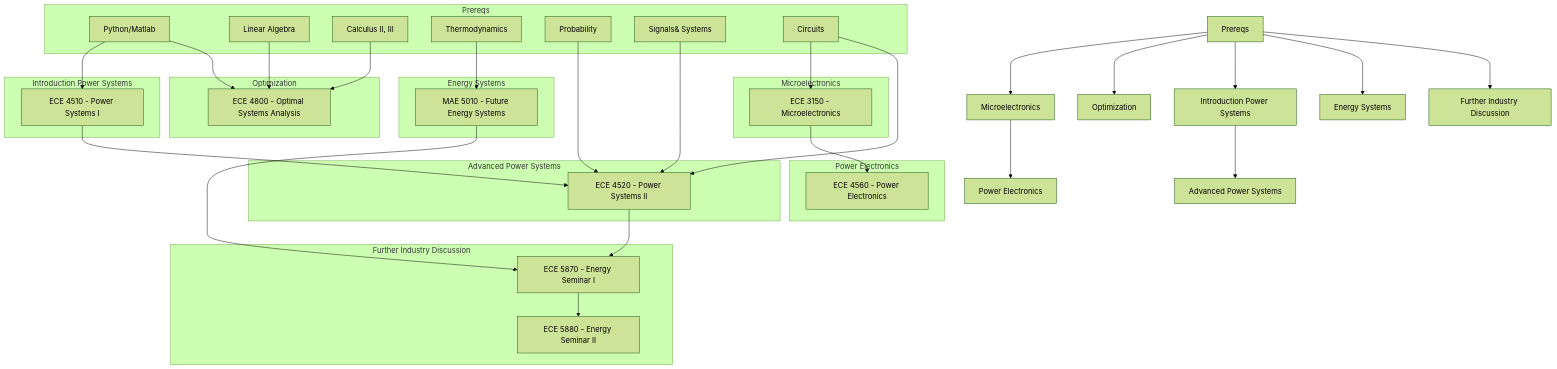
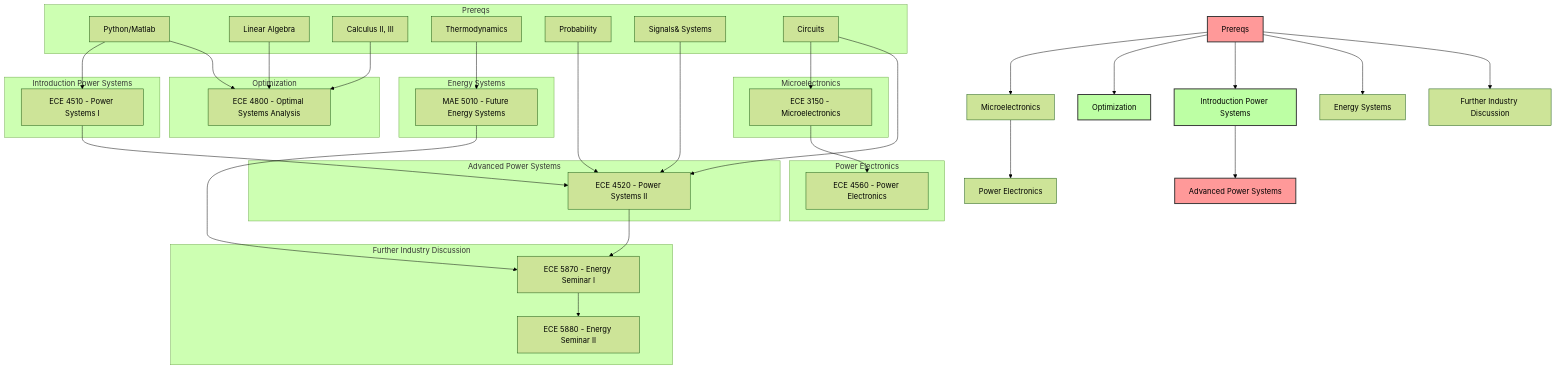
One commit to jmyphn/engineering-wiki changed the diagram in ecepower.md. Above: the diagram before and after it, drawn with Mermaid (forest theme).

Commit message:
power color coding

````diff
--- a/ecepower.md
+++ b/ecepower.md
@@ -15,73 +15,79 @@
 ```mermaid
 flowchart TD
     A[Prereqs]
     A --> G[Microelectronics]
     G --> H[Power Electronics]
     A --> E[Optimization]
     A --> C[Introduction Power Systems]
     A --> I[Energy Systems]
     C --> D[Advanced Power Systems]
     A --> F[Further Industry Discussion]
 
     subgraph A1[Prereqs]
         A1a[Python/Matlab]
         A1b[Linear Algebra]
         A1c[Calculus II, III]
         A1e[Thermodynamics]
         A1f[Probability]
         A1g[Signals& Systems]
         A1h[Circuits]
 
     end
 
     subgraph C1[Introduction Power Systems]
         C1a[ECE 4510 - Power Systems I]
         
 
     end
 
     subgraph D1[Advanced Power Systems]
         D1a[ECE 4520 - Power Systems II]
 
     end
 
     subgraph E1[Optimization]
         E1a[ECE 4800 - Optimal Systems Analysis]
         
     end
     
     subgraph G1[Microelectronics]
         G1a[ECE 3150 - Microelectronics]
         
     end
 
     subgraph H1[Power Electronics]
         H1a[ECE 4560 - Power Electronics]
         
     end
 
     subgraph I1[Energy Systems]
         I1a[MAE 5010 - Future Energy Systems]
         
     end
     subgraph F1[Further Industry Discussion]
         F1a[ECE 5870 - Energy Seminar I]
         F1b[ECE 5880 - Energy Seminar II]
         
     end
 
     C1a --> D1a
     G1a --> H1a
     A1e --> I1a
     D1a --> F1a
     F1a --> F1b
     I1a --> F1a
     A1g --> D1a
     A1b --> E1a
     A1c --> E1a
     A1h --> G1a
     A1a --> C1a
     A1f --> D1a
     A1h --> D1a
     A1a --> E1a
+
+    classDef redNode fill:#FF9999,stroke:#333,stroke-width:2px;
+    classDef greenNode fill:#BDFFA4,stroke:#333,stroke-width:2px;
+
+    class A,D redNode;
+    class C,E greenNode;
 ```
````
